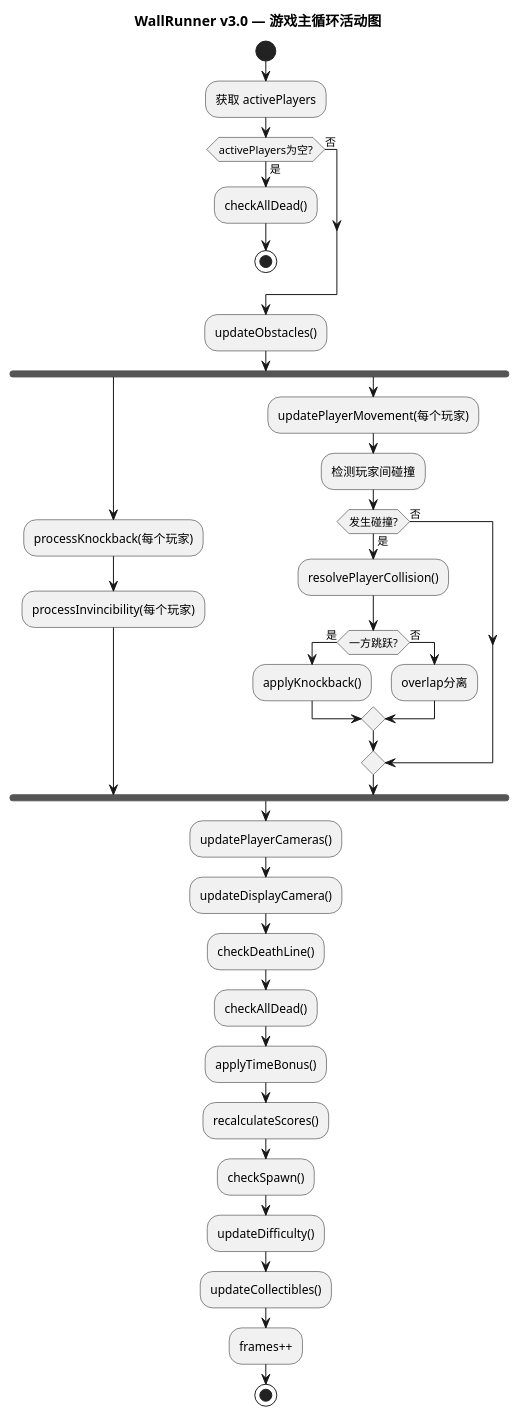
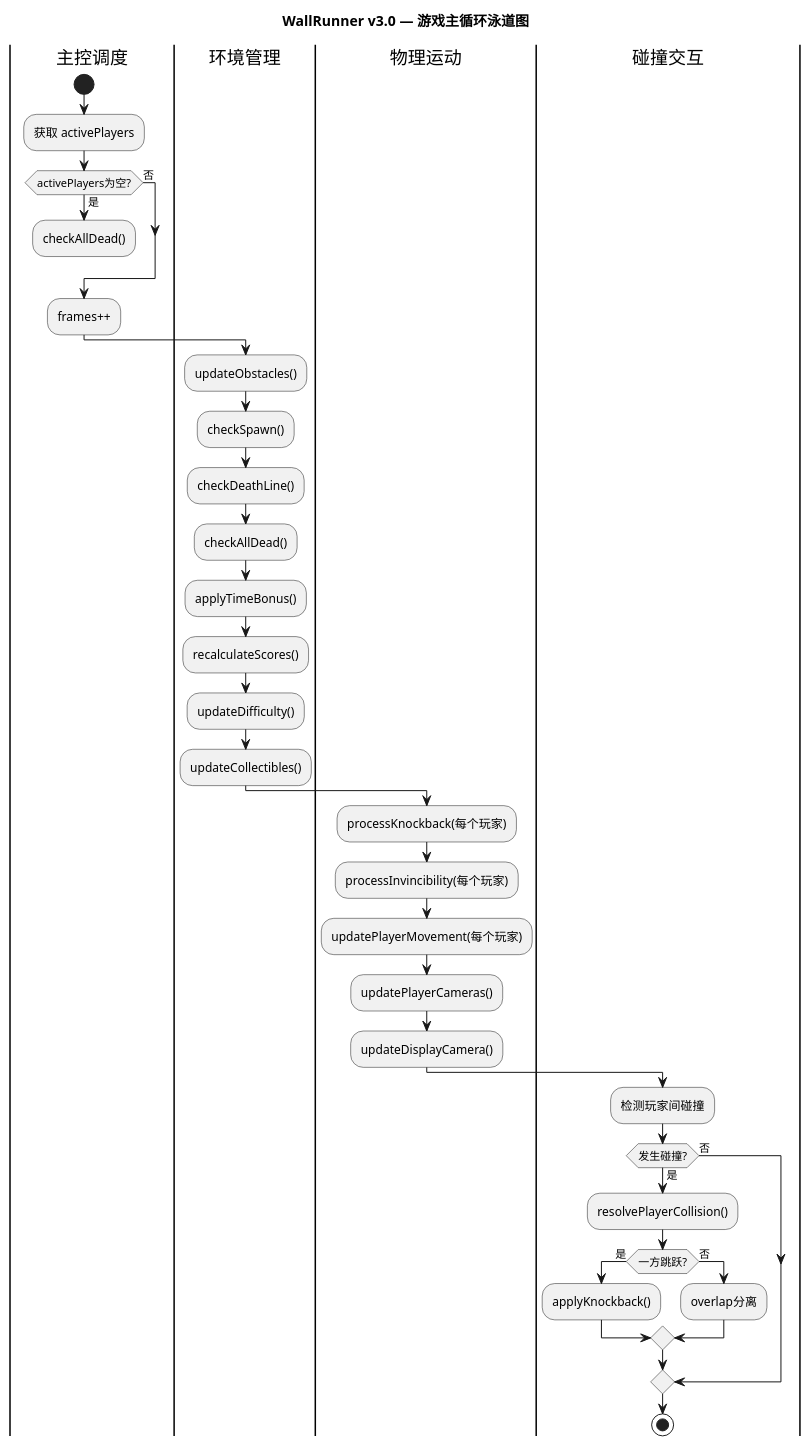
The diagram in docs/uml/activity_game_loop.puml (yooruh/wall-runner), drawn with PlantUML before and after one commit. The commit also changed 14 other files, not shown here.

```diff
--- a/docs/uml/activity_game_loop.puml
+++ b/docs/uml/activity_game_loop.puml
@@ -1,46 +1,45 @@
 @startuml
 
-title WallRunner v3.0 — 游戏主循环活动图
+title WallRunner v3.0 — 游戏主循环泳道图
 
+|主控调度|
 start
-
 :获取 activePlayers;
 if (activePlayers为空?) then (是)
   :checkAllDead();
-  stop
+  detach
 else (否)
 endif
+:frames++;
 
+|环境管理|
 :updateObstacles();
-
-fork
-  :processKnockback(每个玩家);
-  :processInvincibility(每个玩家);
-fork again
-  :updatePlayerMovement(每个玩家);
-  :检测玩家间碰撞;
-  if (发生碰撞?) then (是)
-    :resolvePlayerCollision();
-    if (一方跳跃?) then (是)
-      :applyKnockback();
-    else (否)
-      :overlap分离;
-    endif
-  else (否)
-  endif
-end fork
-
-:updatePlayerCameras();
-:updateDisplayCamera();
+:checkSpawn();
 :checkDeathLine();
 :checkAllDead();
 :applyTimeBonus();
 :recalculateScores();
-:checkSpawn();
 :updateDifficulty();
 :updateCollectibles();
 
-:frames++;
+|物理运动|
+:processKnockback(每个玩家);
+:processInvincibility(每个玩家);
+:updatePlayerMovement(每个玩家);
+:updatePlayerCameras();
+:updateDisplayCamera();
+
+|碰撞交互|
+:检测玩家间碰撞;
+if (发生碰撞?) then (是)
+  :resolvePlayerCollision();
+  if (一方跳跃?) then (是)
+    :applyKnockback();
+  else (否)
+    :overlap分离;
+  endif
+else (否)
+endif
 
 stop
 @enduml
```
